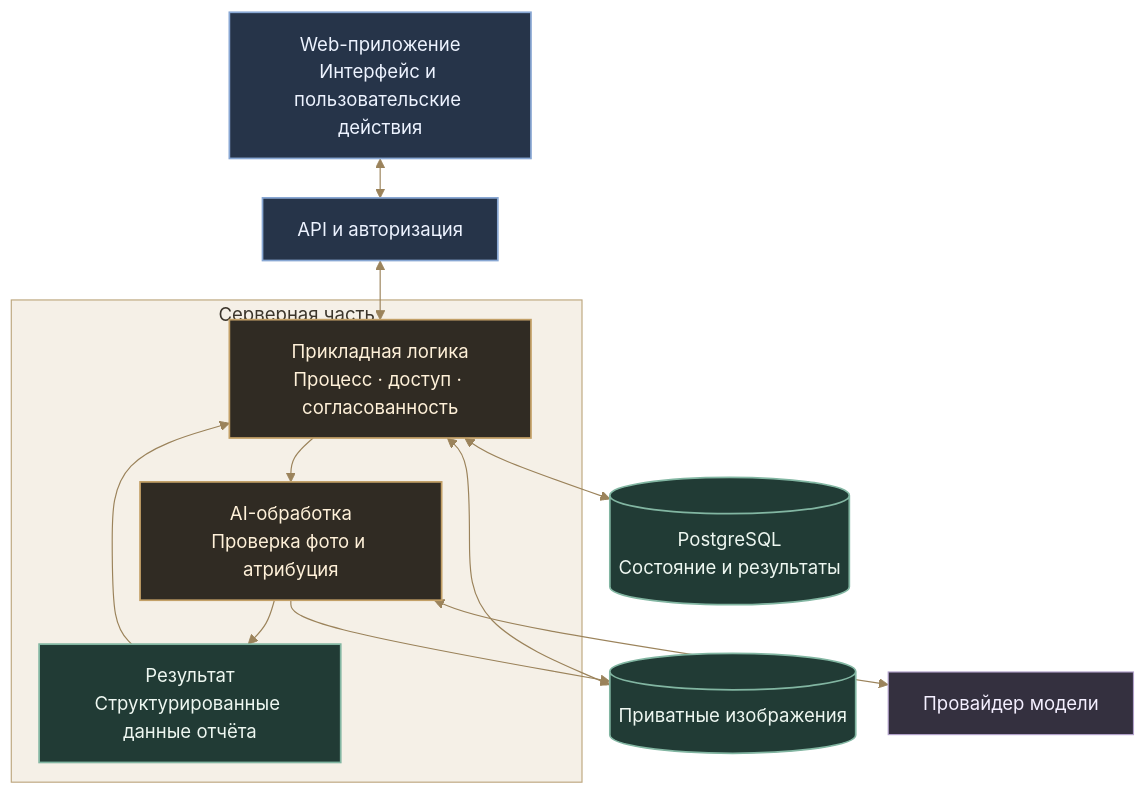
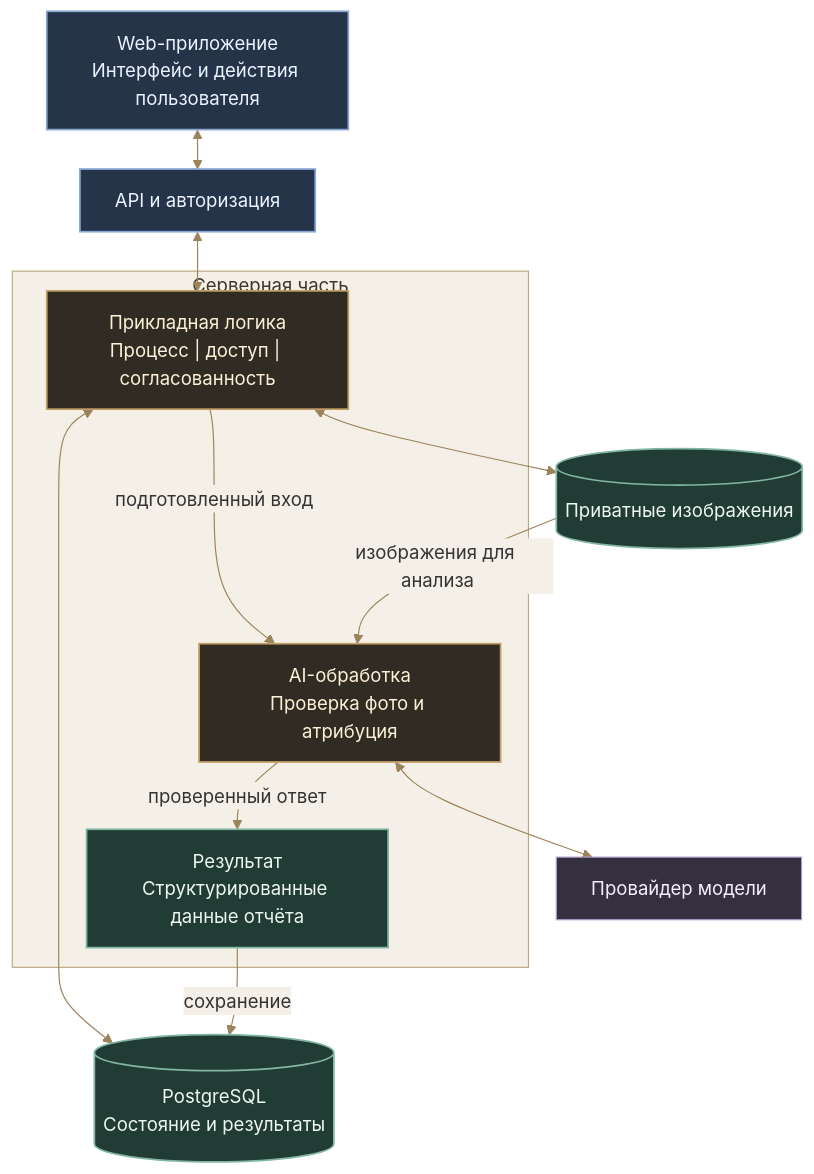
The third of 4 diagrams in PRESENTATION.md (Vkuvalin/antique-attribution-ai-public), drawn with Mermaid before and after one commit. The commit also changed other lines of this file, not shown here.

````diff
--- a/PRESENTATION.md
+++ b/PRESENTATION.md
@@ -115,40 +134,40 @@
 ```mermaid
 ---
 config:
   theme: base
   themeVariables:
     fontFamily: Arial, sans-serif
     fontSize: 16px
     lineColor: "#9b835b"
     edgeLabelBackground: "#f5f0e7"
   flowchart:
     nodeSpacing: 28
     rankSpacing: 34
     curve: basis
 ---
 flowchart TB
-    W["Web-приложение<br/>Интерфейс и пользовательские действия"]
+    W["Web-приложение<br/>Интерфейс и действия пользователя"]
     W <--> API["API и авторизация"]
     subgraph S["Серверная часть"]
-        A["Прикладная логика<br/>Процесс · доступ · согласованность"]
+        A["Прикладная логика<br/>Процесс | доступ | согласованность"]
         E["AI-обработка<br/>Проверка фото и атрибуция"]
         R["Результат<br/>Структурированные данные отчёта"]
-        A --> E
-        E --> R
-        R --> A
+        A -->|"подготовленный вход"| E
+        E -->|"проверенный ответ"| R
     end
     API <--> A
     A <--> DB[("PostgreSQL<br/>Состояние и результаты")]
+    R -->|"сохранение"| DB
     A <--> IMG[("Приватные изображения")]
-    E --> IMG
+    IMG -->|"изображения для анализа"| E
     E <--> LLM["Провайдер модели"]
     classDef web fill:#263449,stroke:#88a7d3,color:#edf3ff,stroke-width:1.5px;
     classDef app fill:#302b23,stroke:#c3a067,color:#fff1d9,stroke-width:1.5px;
     classDef data fill:#213b35,stroke:#82b6a2,color:#eef7f1,stroke-width:1.5px;
     classDef external fill:#34303f,stroke:#b2a1cb,color:#f4efff;
     class W,API web;
     class A,E app;
     class R,DB,IMG data;
     class LLM external;
     style S fill:#f5f0e7,stroke:#bda77f,color:#3b352b
 ```
````
